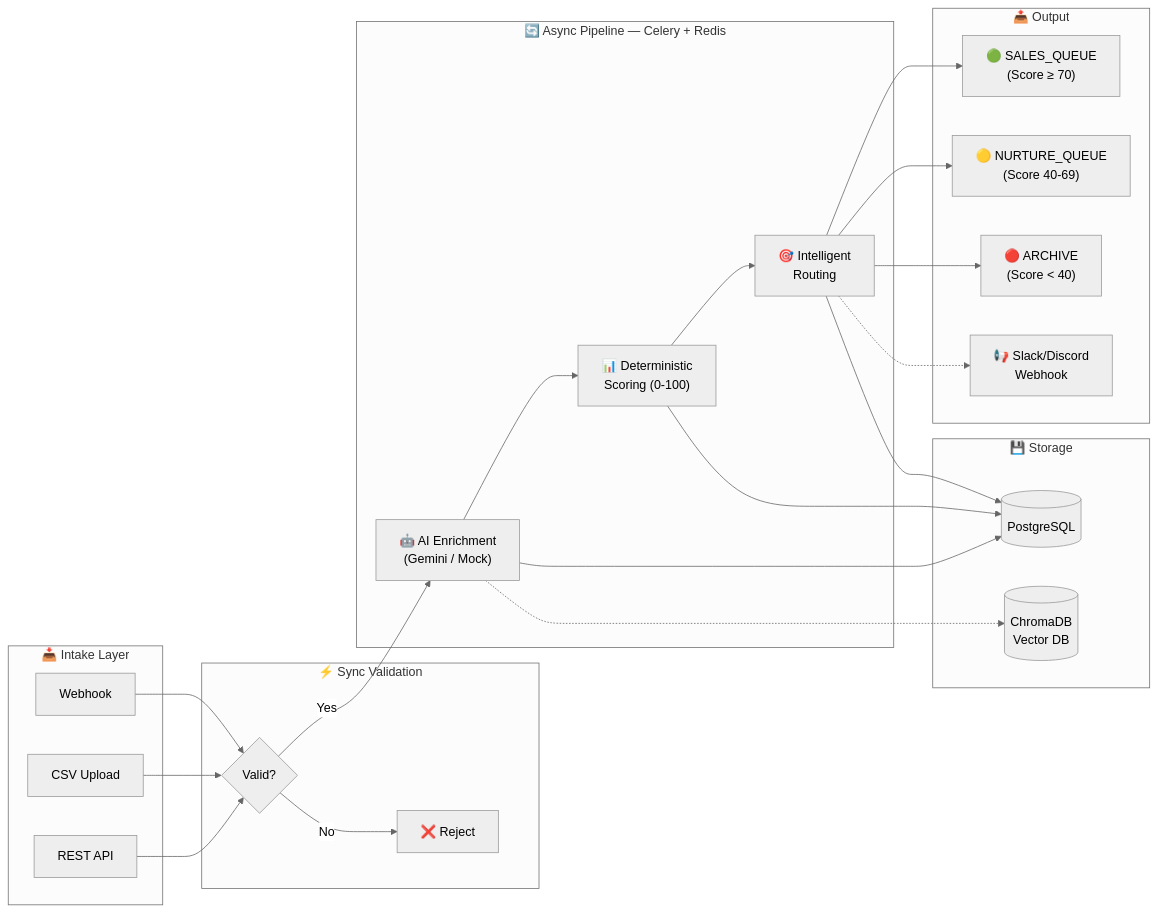
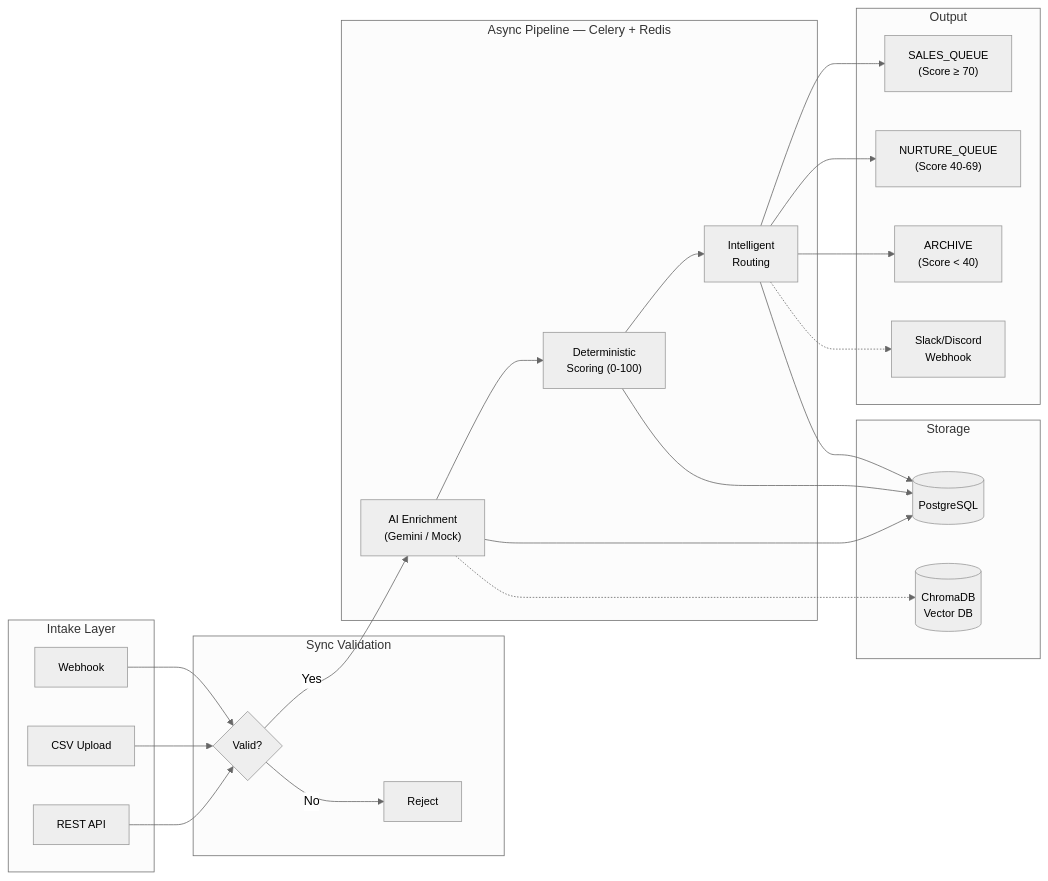
One commit to Punya23/AI_Lead changed the first of 2 diagrams in README.md. Above: the diagram before and after it, drawn with Mermaid (neutral theme).

Commit message:
docs: clean up mermaid diagrams

````diff
--- a/README.md
+++ b/README.md
@@ -11,40 +11,43 @@
 ```mermaid
 flowchart LR
-    subgraph Input["📥 Intake Layer"]
+    classDef default font-size:14px;
+    classDef large font-size:16px,font-weight:bold;
+
+    subgraph Input["Intake Layer"]
         A[REST API] 
         B[CSV Upload]
         C[Webhook]
     end
 
-    subgraph Sync["⚡ Sync Validation"]
+    subgraph Sync["Sync Validation"]
         D{Valid?}
-        E[❌ Reject]
+        E[Reject]
     end
 
-    subgraph Async["🔄 Async Pipeline — Celery + Redis"]
-        F["🤖 AI Enrichment\n(Gemini / Mock)"]
-        G["📊 Deterministic\nScoring (0-100)"]
-        H["🎯 Intelligent\nRouting"]
+    subgraph Async["Async Pipeline — Celery + Redis"]
+        F["AI Enrichment\n(Gemini / Mock)"]
+        G["Deterministic\nScoring (0-100)"]
+        H["Intelligent\nRouting"]
     end
 
-    subgraph Storage["💾 Storage"]
+    subgraph Storage["Storage"]
         I[(PostgreSQL)]
         J[(ChromaDB\nVector DB)]
     end
 
-    subgraph Output["📤 Output"]
-        K["🟢 SALES_QUEUE\n(Score ≥ 70)"]
-        L["🟡 NURTURE_QUEUE\n(Score 40-69)"]
-        M["🔴 ARCHIVE\n(Score < 40)"]
-        N["📢 Slack/Discord\nWebhook"]
+    subgraph Output["Output"]
+        K["SALES_QUEUE\n(Score ≥ 70)"]
+        L["NURTURE_QUEUE\n(Score 40-69)"]
+        M["ARCHIVE\n(Score < 40)"]
+        N["Slack/Discord\nWebhook"]
     end
 
     A & B & C --> D
     D -->|No| E
     D -->|Yes| F
     F --> G --> H
     F -.-> J
     H --> K & L & M
     H -.-> N
     F & G & H --> I
 ```
````
